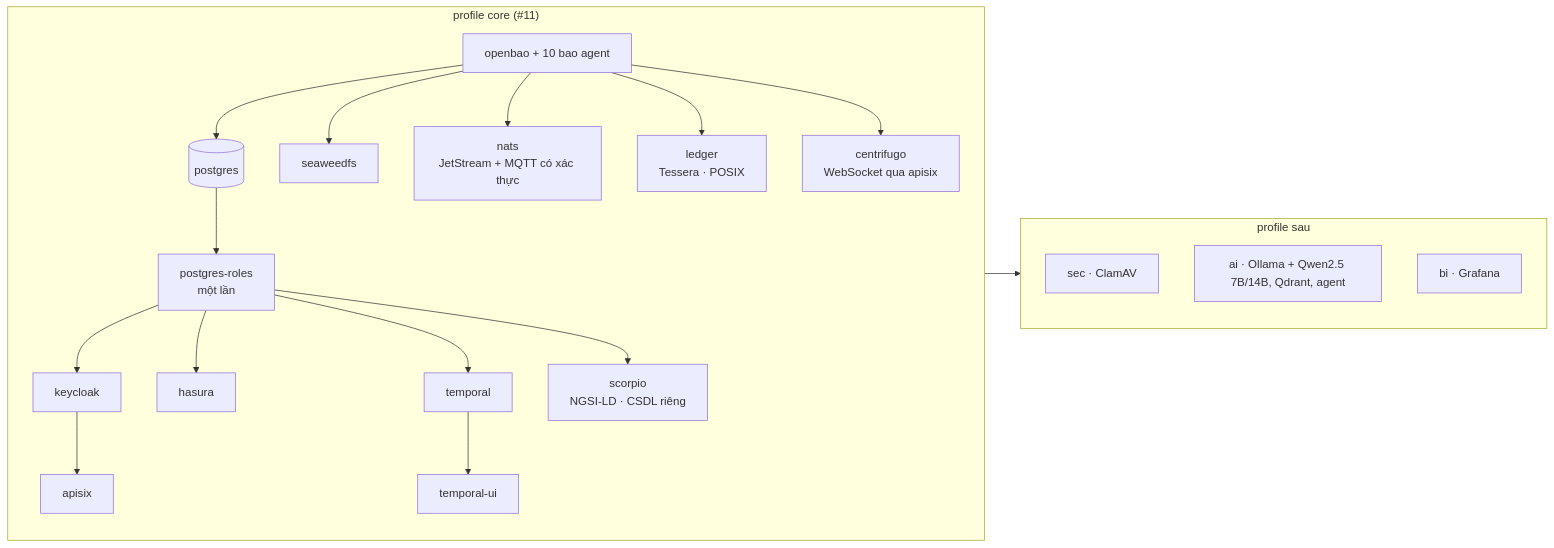
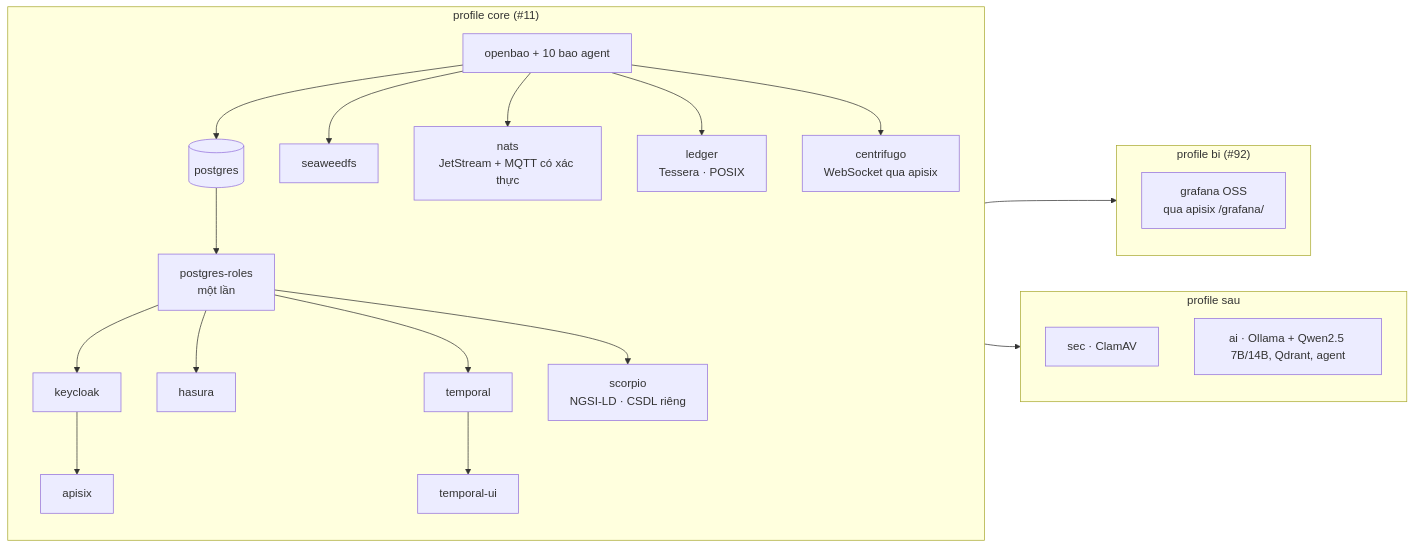
The sixth of 19 diagrams in docs/architecture.md (disaster-dxos/disaster-dxos), drawn with Mermaid before and after one commit. The commit also changed other lines of this file and 36 other files, not shown here.

````diff
--- a/docs/architecture.md
+++ b/docs/architecture.md
@@ -294,21 +294,24 @@
 ```mermaid
 flowchart LR
   subgraph core["profile core (#11)"]
     direction TB
     bao[openbao + 10 bao agent] --> pg[(postgres)] --> roles[postgres-roles<br/>một lần]
     roles --> kc[keycloak] --> gw[apisix]
     roles --> hs[hasura]
     roles --> tp[temporal] --> tui[temporal-ui]
     bao --> sw[seaweedfs]
     bao --> nt[nats<br/>JetStream + MQTT có xác thực]
     bao --> ld[ledger<br/>Tessera · POSIX]
     bao --> cf[centrifugo<br/>WebSocket qua apisix]
     roles --> sc[scorpio<br/>NGSI-LD · CSDL riêng]
   end
   subgraph later["profile sau"]
     sec["sec · ClamAV"]
     ai["ai · Ollama + Qwen2.5 7B/14B, Qdrant, agent"]
-    bi["bi · Grafana"]
   end
+  subgraph bi["profile bi (#92)"]
+    gf[grafana OSS<br/>qua apisix /grafana/]
+  end
+  core --> bi
   core --> later
 ```
````
